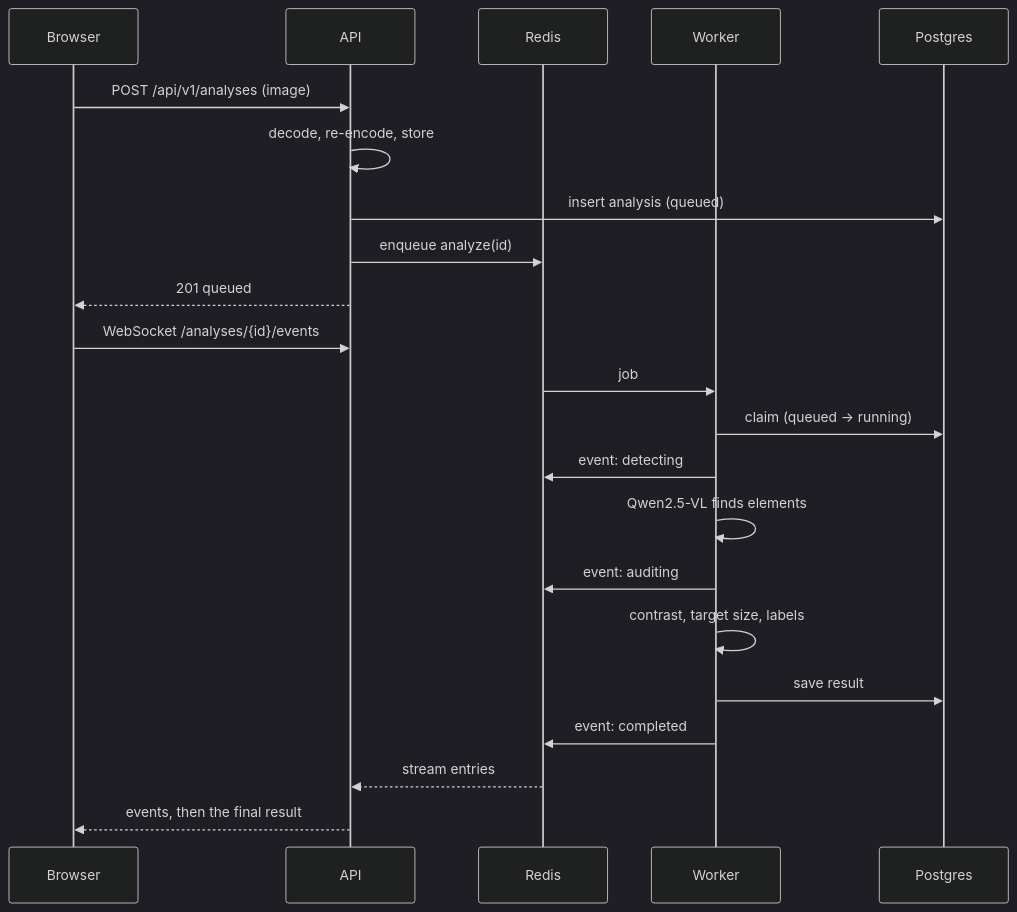
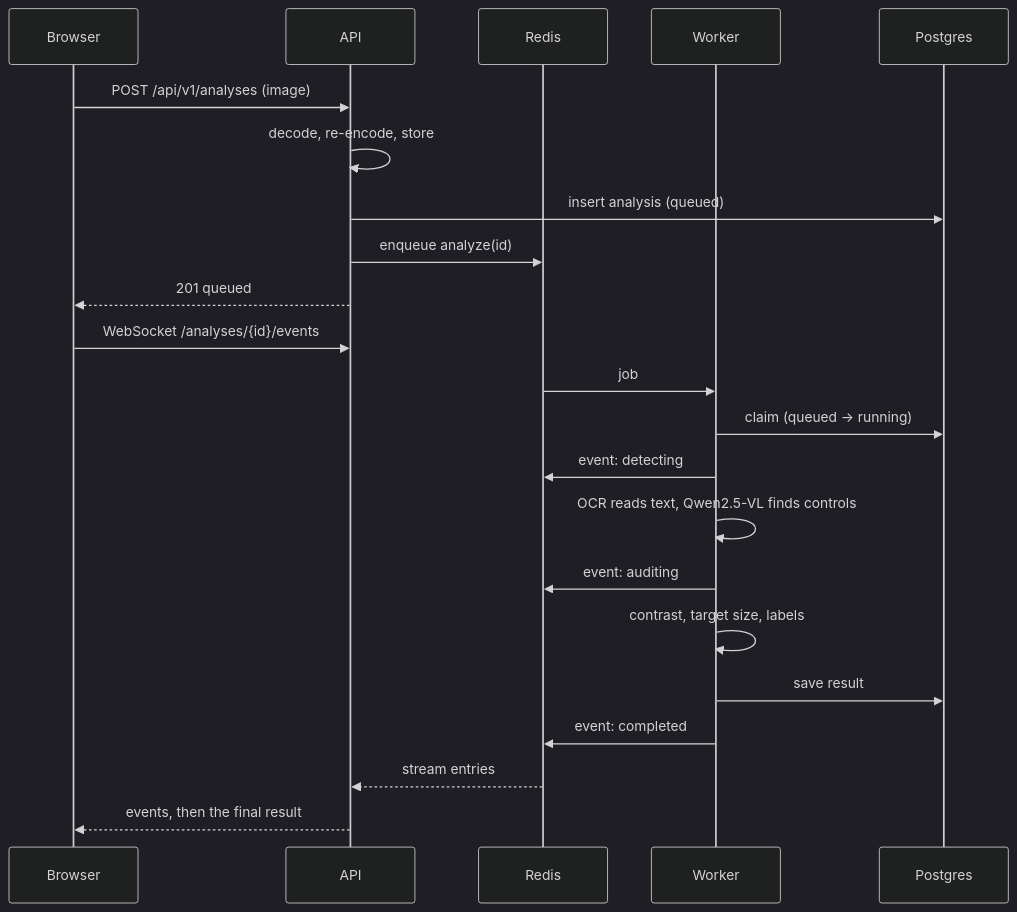
The second of 2 diagrams in README.md (swapnil5053/Prism), drawn with Mermaid (dark theme) before and after one commit. The commit also changed other lines of this file and 21 other files, not shown here.

First line of the commit message:
feat(vision): take text from OCR, keep the VLM for controls

````diff
--- a/README.md
+++ b/README.md
@@ -40,24 +46,24 @@
 ```mermaid
 sequenceDiagram
     participant B as Browser
     participant A as API
     participant R as Redis
     participant W as Worker
     participant P as Postgres
     B->>A: POST /api/v1/analyses (image)
     A->>A: decode, re-encode, store
     A->>P: insert analysis (queued)
     A->>R: enqueue analyze(id)
     A-->>B: 201 queued
     B->>A: WebSocket /analyses/{id}/events
     R->>W: job
     W->>P: claim (queued → running)
     W->>R: event: detecting
-    W->>W: Qwen2.5-VL finds elements
+    W->>W: OCR reads text, Qwen2.5-VL finds controls
     W->>R: event: auditing
     W->>W: contrast, target size, labels
     W->>P: save result
     W->>R: event: completed
     R-->>A: stream entries
     A-->>B: events, then the final result
 ```
````
